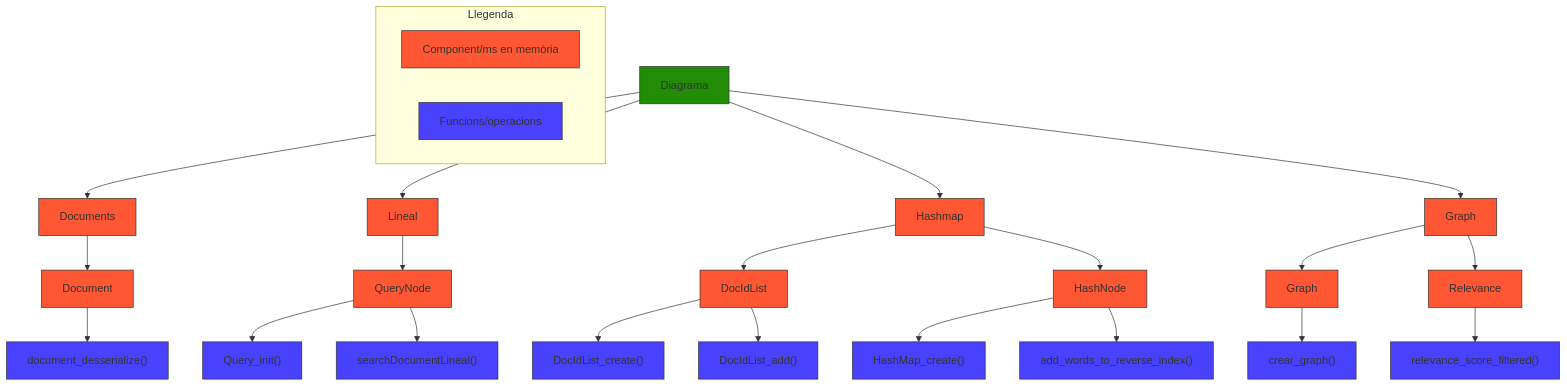
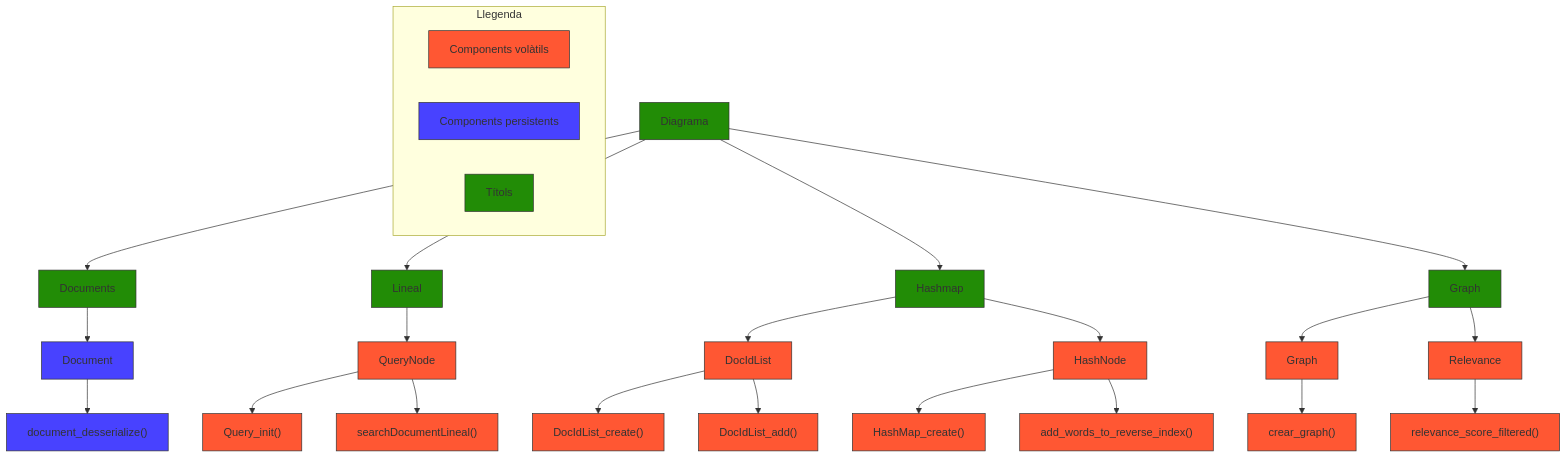
Before and after one commit to bernatnogueras/edaii-2025-P202-48: the diagram in REPORT.md, drawn with Mermaid. The commit also changed other lines of this file, not shown here.

Commit message:
Report graph 1.5

````diff
--- a/REPORT.md
+++ b/REPORT.md
@@ -7,68 +7,70 @@
 ```mermaid
 flowchart TD
 
     %% Nodo raíz
     DIAG["Diagrama"] 
 
     %% Rama Documents
     DIAG --> DOCUMENTS["Documents"]
     DOCUMENTS --> DOCUMENT["Document"]
     DOCUMENT --> FUNC_DESERIALIZE["document_desserialize()"]
 
     %% Rama Lineal
     DIAG --> LINEAL["Lineal"]
     LINEAL --> QNODE["QueryNode"]
     QNODE --> FUNC_Q_INIT["Query_init()"]
     QNODE --> FUNC_SEARCH_DOC_LINEAL["searchDocumentLineal()"]
 
     %% Rama Hashmap
     DIAG --> HASHMAP["Hashmap"]
     HASHMAP --> DOCLIST["DocIdList"]
     DOCLIST --> FUNC_DOCLIST_CREATE["DocIdList_create()"]
     DOCLIST --> FUNC_DOCLIST_ADD["DocIdList_add()"]
     HASHMAP --> HASHNODE["HashNode"]
     HASHNODE --> FUNC_HASHMAP_INIT["HashMap_create()"]
     HASHNODE --> FUNC_ADD_WORD["add_words_to_reverse_index()"]
 
     %% Rama Graph
     DIAG --> GRAPH["Graph"]
     GRAPH --> GRAPH_NODE["Graph"]
     GRAPH_NODE --> FUNC_WAR_GRAPH["crear_graph()"]
     GRAPH --> RELEVANCE["Relevance"]
     RELEVANCE --> FUNC_REL_SCAN["relevance_score_filtered()"]
 
     %% Estilos de colores
     style DIAG fill:#228c06,stroke:#333,stroke-width:1px
 
-    style DOCUMENTS fill:#ff5733,stroke:#333,stroke-width:1px
-    style DOCUMENT fill:#ff5733,stroke:#333,stroke-width:1px
+    style DOCUMENTS fill:#228c06,stroke:#333,stroke-width:1px
+    style DOCUMENT fill:#4842ff,stroke:#333,stroke-width:1px
     style FUNC_DESERIALIZE fill:#4842ff,stroke:#333,stroke-width:1px
 
-    style LINEAL fill:#ff5733,stroke:#333,stroke-width:1px
+    style LINEAL fill:#228c06,stroke:#333,stroke-width:1px
     style QNODE fill:#ff5733,stroke:#333,stroke-width:1px
-    style FUNC_Q_INIT fill:#4842ff,stroke:#333,stroke-width:1px
-    style FUNC_SEARCH_DOC_LINEAL fill:#4842ff,stroke:#333,stroke-width:1px
+    style FUNC_Q_INIT fill:#ff5733,stroke:#333,stroke-width:1px
+    style FUNC_SEARCH_DOC_LINEAL fill:#ff5733,stroke:#333,stroke-width:1px
 
-    style HASHMAP fill:#ff5733,stroke:#333,stroke-width:1px
+    style HASHMAP fill:#228c06,stroke:#333,stroke-width:1px
     style DOCLIST fill:#ff5733,stroke:#333,stroke-width:1px
-    style FUNC_DOCLIST_CREATE fill:#4842ff,stroke:#333,stroke-width:1px
-    style FUNC_DOCLIST_ADD fill:#4842ff,stroke:#333,stroke-width:1px
+    style FUNC_DOCLIST_CREATE fill:#ff5733,stroke:#333,stroke-width:1px
+    style FUNC_DOCLIST_ADD fill:#ff5733,stroke:#333,stroke-width:1px
     style HASHNODE fill:#ff5733,stroke:#333,stroke-width:1px
-    style FUNC_HASHMAP_INIT fill:#4842ff,stroke:#333,stroke-width:1px
-    style FUNC_ADD_WORD fill:#4842ff,stroke:#333,stroke-width:1px
+    style FUNC_HASHMAP_INIT fill:#ff5733,stroke:#333,stroke-width:1px
+    style FUNC_ADD_WORD fill:#ff5733,stroke:#333,stroke-width:1px
 
-    style GRAPH fill:#ff5733,stroke:#333,stroke-width:1px
+    style GRAPH fill:#228c06,stroke:#333,stroke-width:1px
     style GRAPH_NODE fill:#ff5733,stroke:#333,stroke-width:1px
-    style FUNC_WAR_GRAPH fill:#4842ff,stroke:#333,stroke-width:1px
+    style FUNC_WAR_GRAPH fill:#ff5733,stroke:#333,stroke-width:1px
     style RELEVANCE fill:#ff5733,stroke:#333,stroke-width:1px
-    style FUNC_REL_SCAN fill:#4842ff,stroke:#333,stroke-width:1px
+    style FUNC_REL_SCAN fill:#ff5733,stroke:#333,stroke-width:1px
 
     %% Leyenda (opcional)
     subgraph Leyenda["Llegenda"]
-        green["Component/ms en memòria"] 
-        purple["Funcions/operacions"]
+        green["Components volàtils"] 
+        purple["Components persistents"]
+        red["Títols"]
     end
 
     style green fill:#ff5733,stroke:#333,stroke-width:1px
     style purple fill:#4842ff,stroke:#333,stroke-width:1px
+    style red fill:#228c06,stroke:#333,stroke-width:1px
 ```
````
